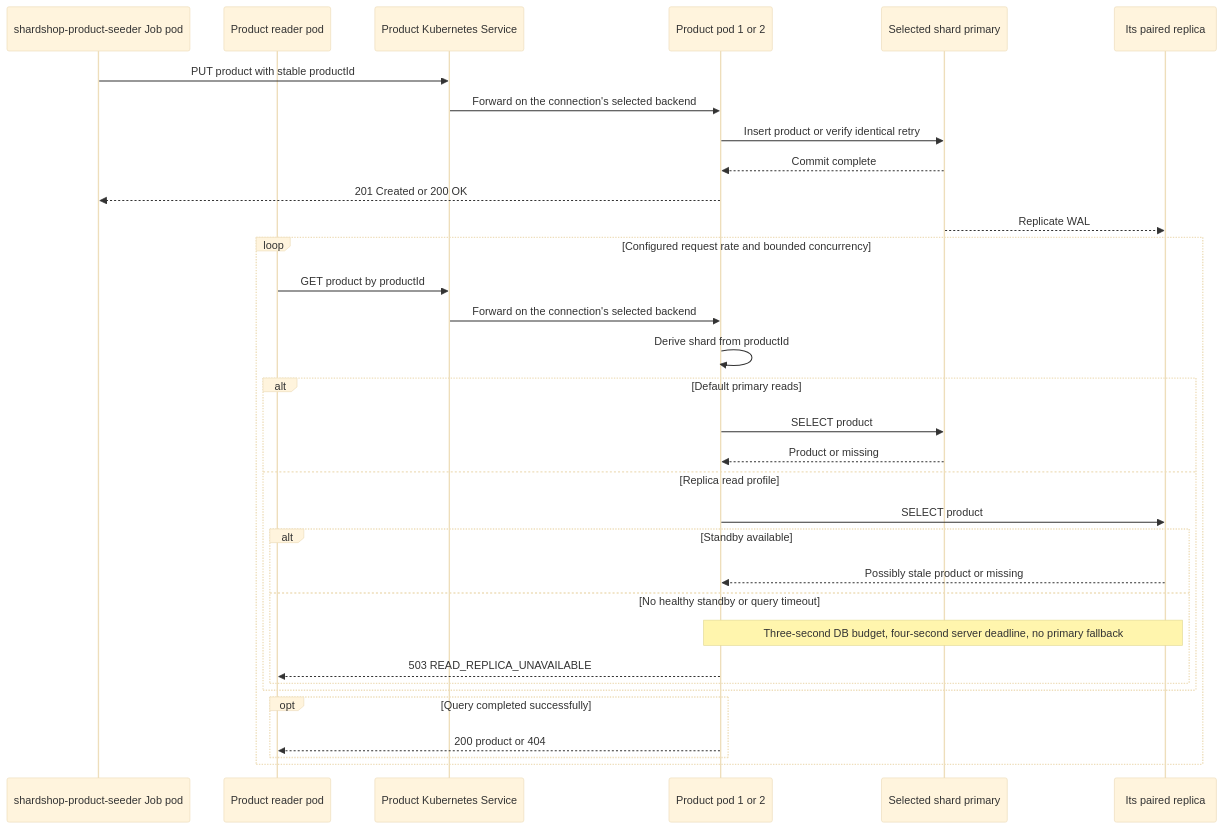
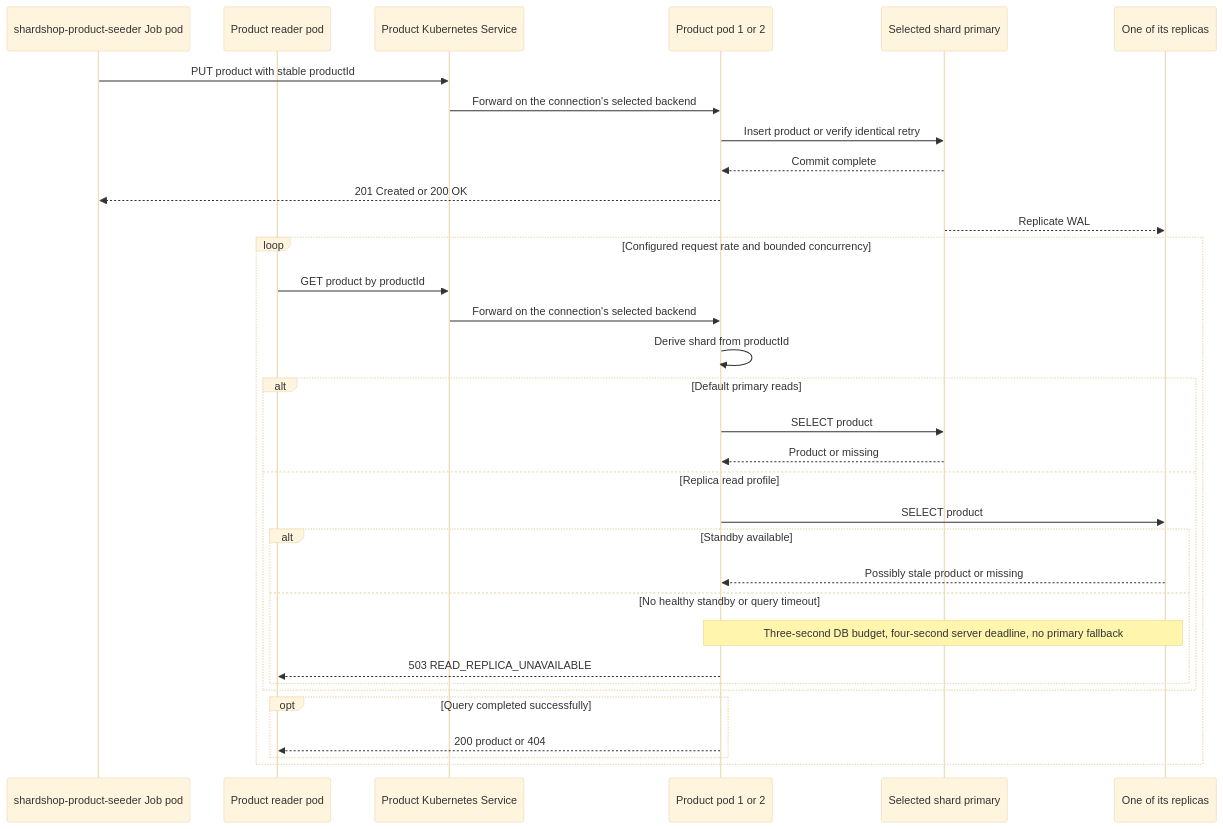
Before and after one commit to nklip/JavaCraft: the third of 7 diagrams in microservices/shardshop/ARCHITECTURE.md, drawn with Mermaid (base theme). The commit also changed other lines of this file and 6 other files, not shown here.

````diff
--- a/microservices/shardshop/ARCHITECTURE.md
+++ b/microservices/shardshop/ARCHITECTURE.md
@@ -450,37 +561,37 @@
 ```mermaid
 sequenceDiagram
     participant Producer as shardshop-product-seeder Job pod
     participant Reader as Product reader pod
     participant Service as Product Kubernetes Service
     participant API as Product pod 1 or 2
     participant Primary as Selected shard primary
-    participant Replica as Its paired replica
+    participant Replica as One of its replicas
 
     Producer->>Service: PUT product with stable productId
     Service->>API: Forward on the connection's selected backend
     API->>Primary: Insert product or verify identical retry
     Primary-->>API: Commit complete
     API-->>Producer: 201 Created or 200 OK
     Primary-->>Replica: Replicate WAL
 
     loop Configured request rate and bounded concurrency
         Reader->>Service: GET product by productId
         Service->>API: Forward on the connection's selected backend
         API->>API: Derive shard from productId
         alt Default primary reads
             API->>Primary: SELECT product
             Primary-->>API: Product or missing
         else Replica read profile
             API->>Replica: SELECT product
             alt Standby available
                 Replica-->>API: Possibly stale product or missing
             else No healthy standby or query timeout
                 Note over API,Replica: Three-second DB budget, four-second server deadline, no primary fallback
                 API-->>Reader: 503 READ_REPLICA_UNAVAILABLE
             end
         end
         opt Query completed successfully
             API-->>Reader: 200 product or 404
         end
     end
 ```
````
